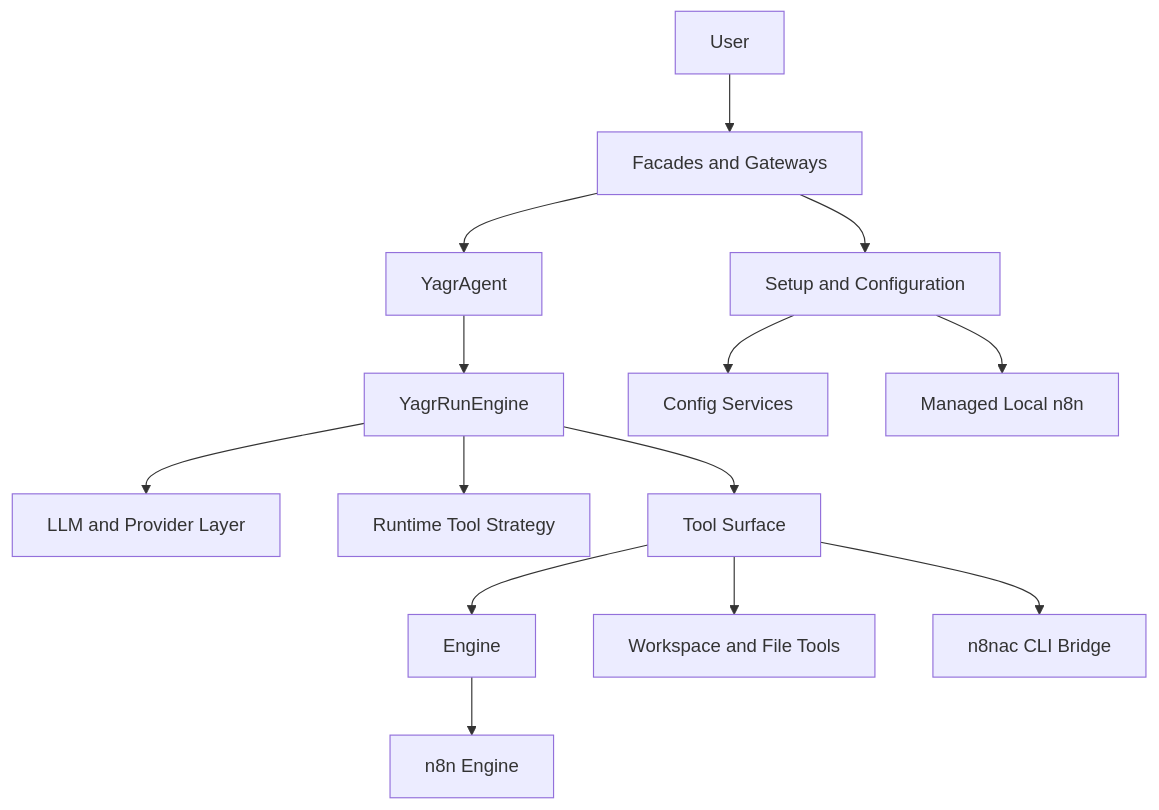
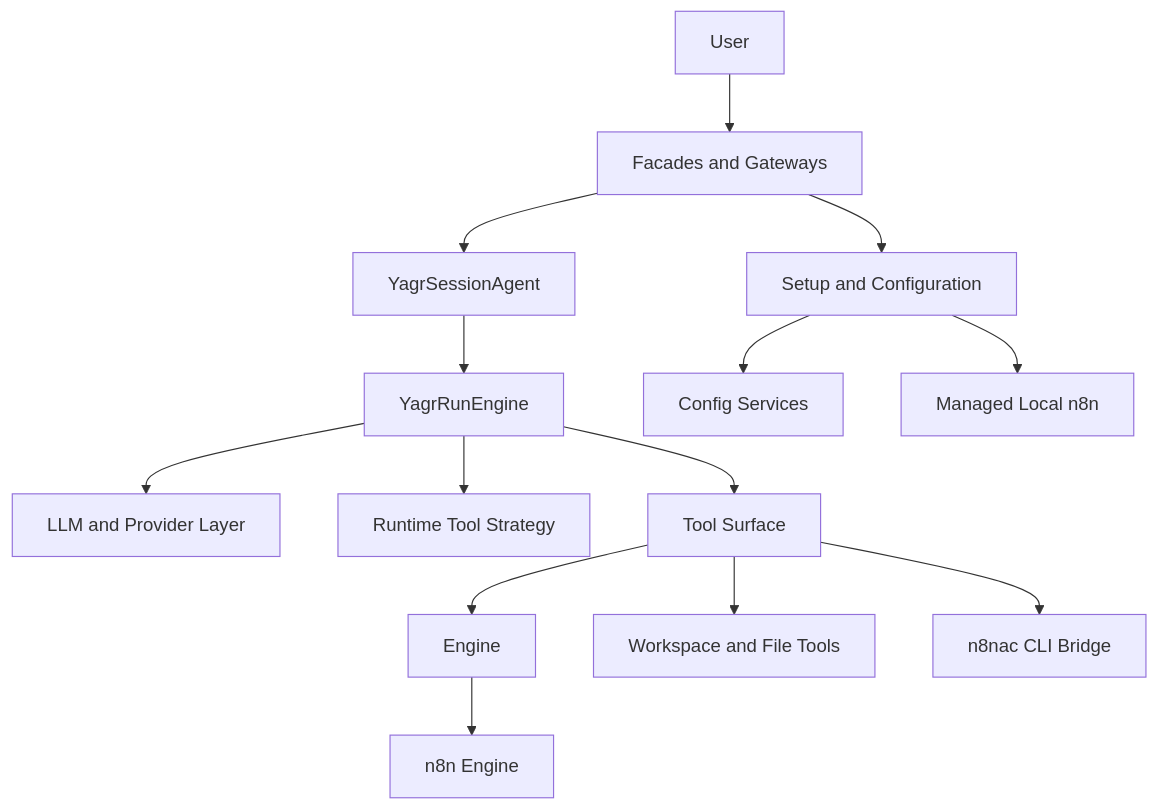
Before and after one commit to EtienneLescot/yagr: the first of 2 diagrams in architecture/current/system-overview.md, drawn with Mermaid. The commit also changed other lines of this file and 12 other files, not shown here.

````diff
--- a/architecture/current/system-overview.md
+++ b/architecture/current/system-overview.md
@@ -7,16 +7,16 @@
 ```mermaid
 flowchart TD
     User[User] --> Facades[Facades and Gateways]
-    Facades --> Agent[YagrAgent]
+    Facades --> Agent[YagrSessionAgent]
     Agent --> Runtime[YagrRunEngine]
     Runtime --> LLM[LLM and Provider Layer]
     Runtime --> RTS[Runtime Tool Strategy]
     Runtime --> Tools[Tool Surface]
     Tools --> Engine[Engine]
     Tools --> Workspace[Workspace and File Tools]
     Tools --> N8nac[n8nac CLI Bridge]
     Engine --> N8n[n8n Engine]
     Facades --> Setup[Setup and Configuration]
     Setup --> Config[Config Services]
     Setup --> N8nLocal[Managed Local n8n]
 ```
````
